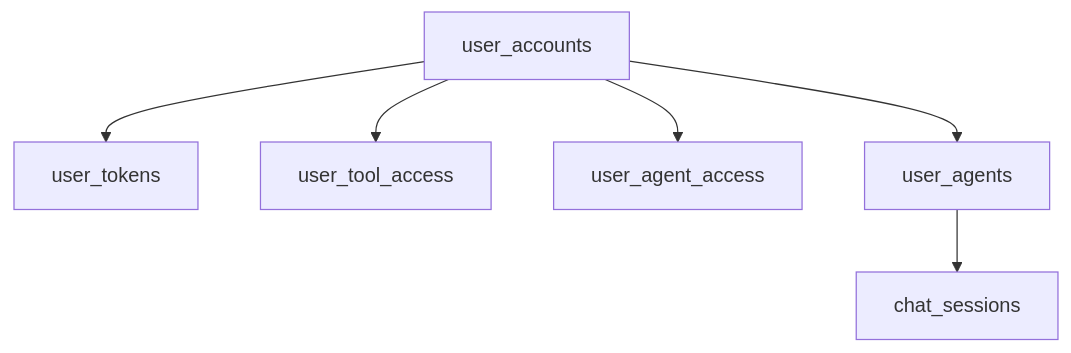
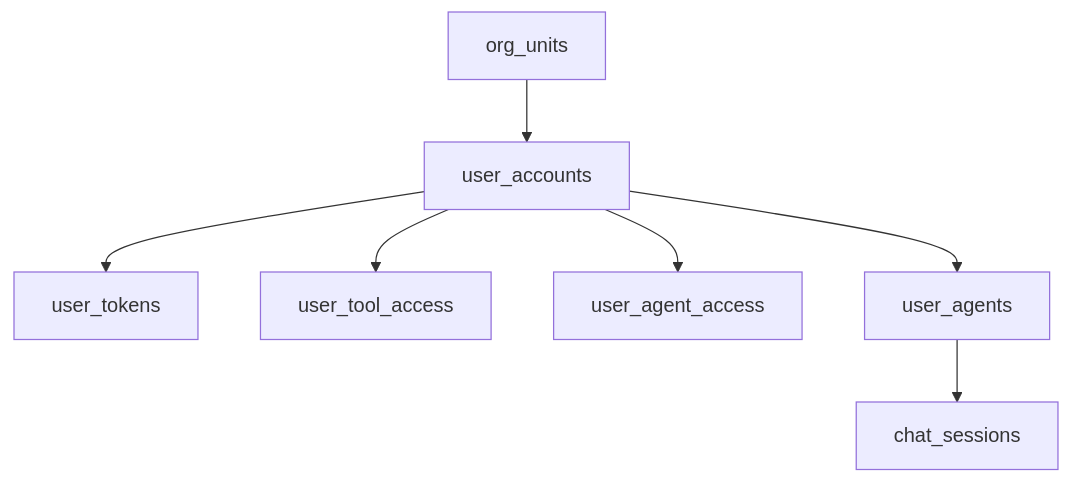
The third of 8 diagrams in docs/数据库设计.md (ylsdamxssjxxdd/wunder), drawn with Mermaid before and after one commit. The commit also changed other lines of this file and 40 other files, not shown here.

````diff
--- a/docs/数据库设计.md
+++ b/docs/数据库设计.md
@@ -77,8 +77,9 @@
 ```mermaid
 flowchart TB
+  OU[org_units] --> UA[user_accounts]
   UA[user_accounts] --> UT[user_tokens]
   UA --> UTA[user_tool_access]
   UA --> UAA[user_agent_access]
   UA --> UAG[user_agents]
   UAG --> CS[chat_sessions]
 ```
````
